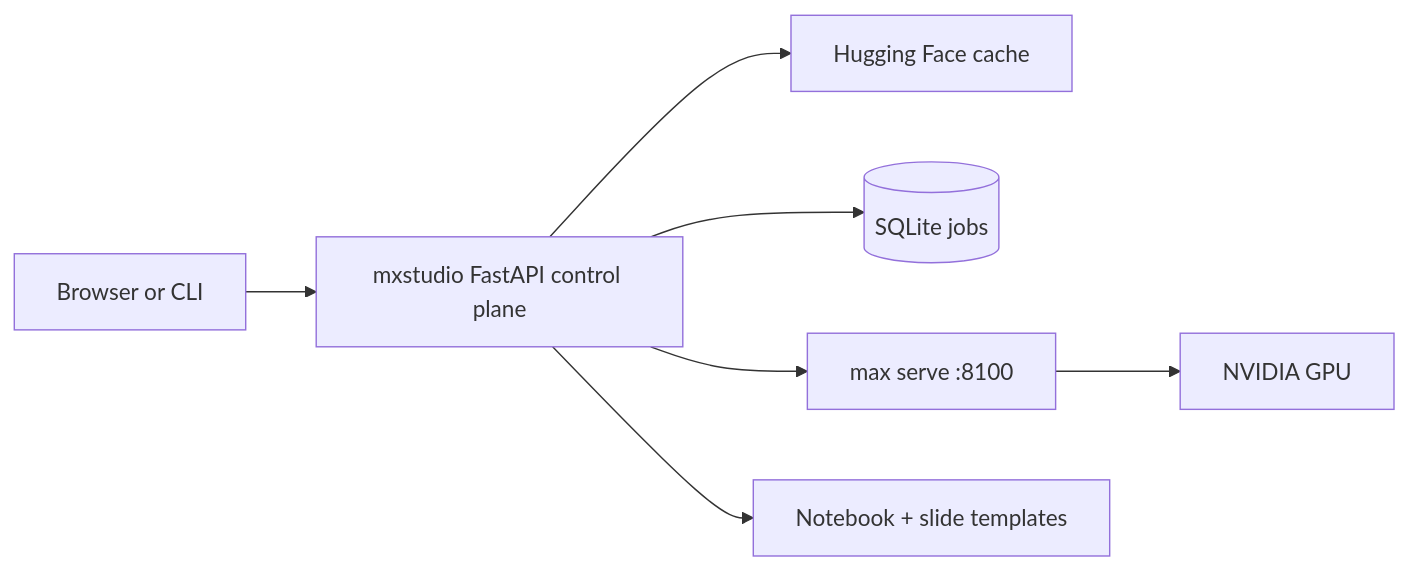
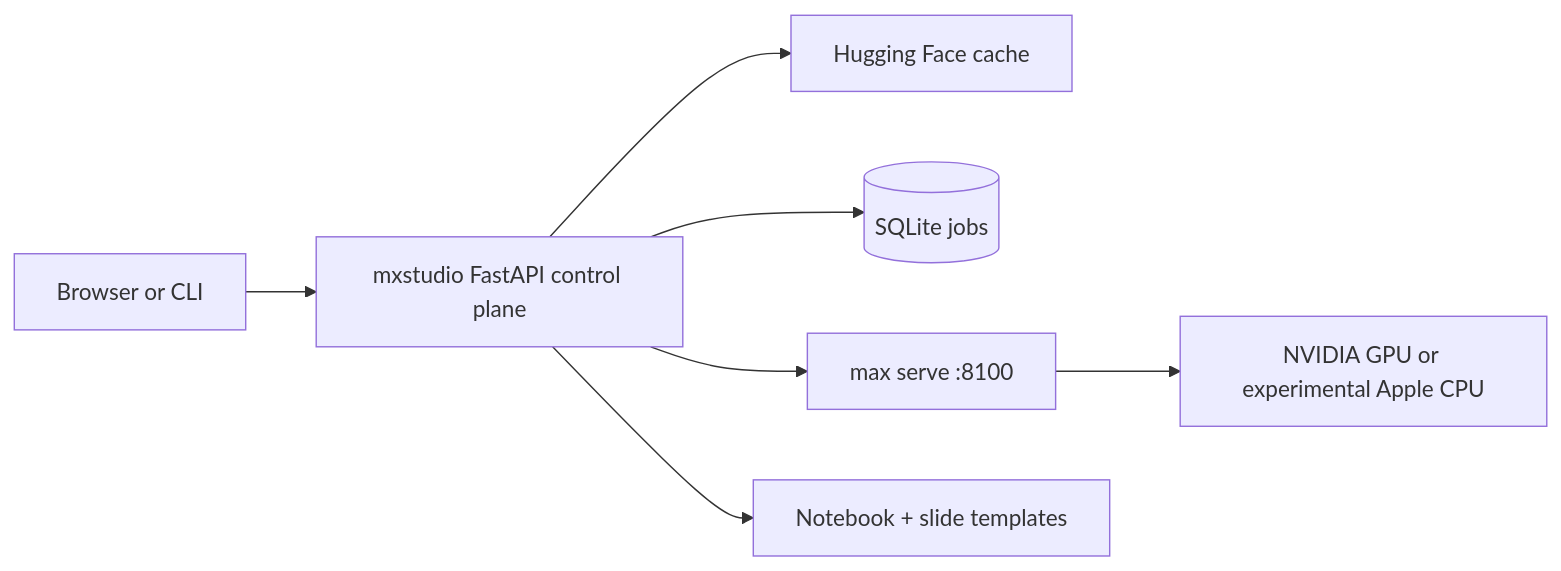
One commit to abhisheksreesaila/mxstudio changed the diagram in README.md. Above: the diagram before and after it, drawn with Mermaid. The commit also changed other lines of this file and 20 other files, not shown here.

````diff
--- a/README.md
+++ b/README.md
@@ -148,9 +165,9 @@
 ```mermaid
 flowchart LR
     User[Browser or CLI] --> Studio[mxstudio FastAPI control plane]
     Studio --> HF[Hugging Face cache]
     Studio --> Jobs[(SQLite jobs)]
     Studio --> MAX[max serve :8100]
-    MAX --> GPU[NVIDIA GPU]
+    MAX --> Device[NVIDIA GPU or experimental Apple CPU]
     Studio --> Labs[Notebook + slide templates]
 ```
````
